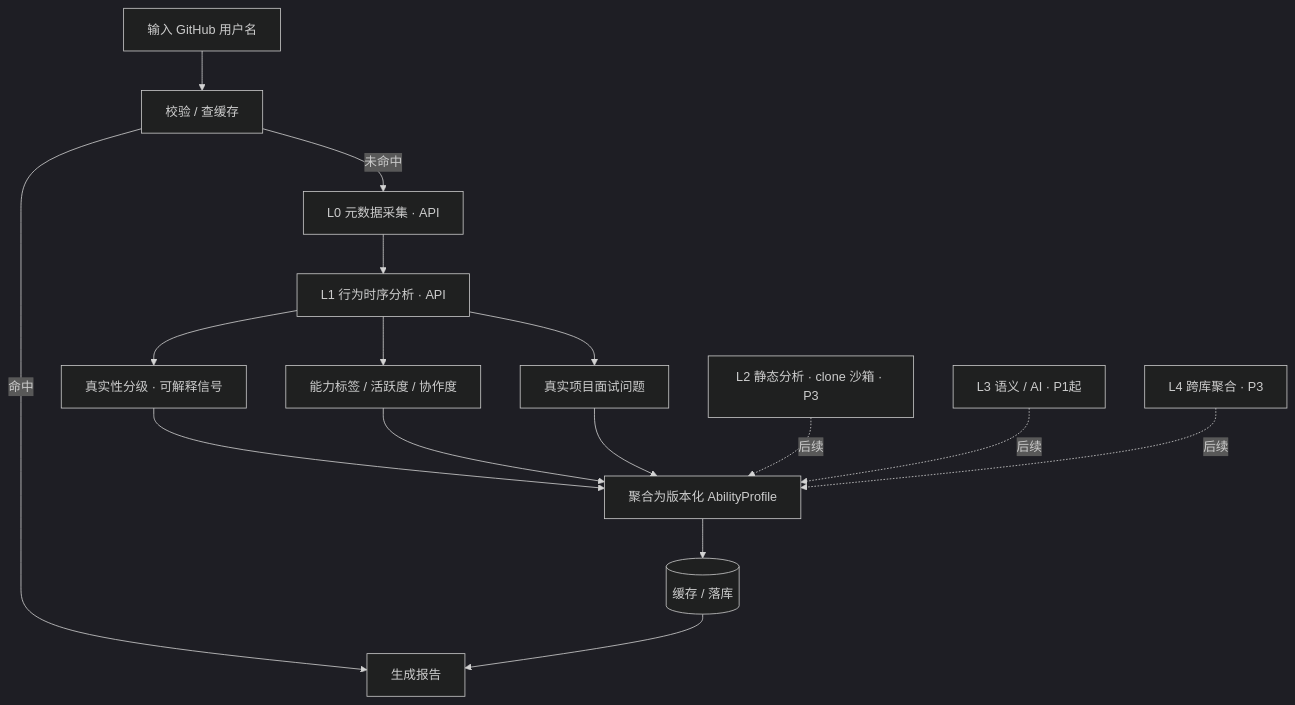
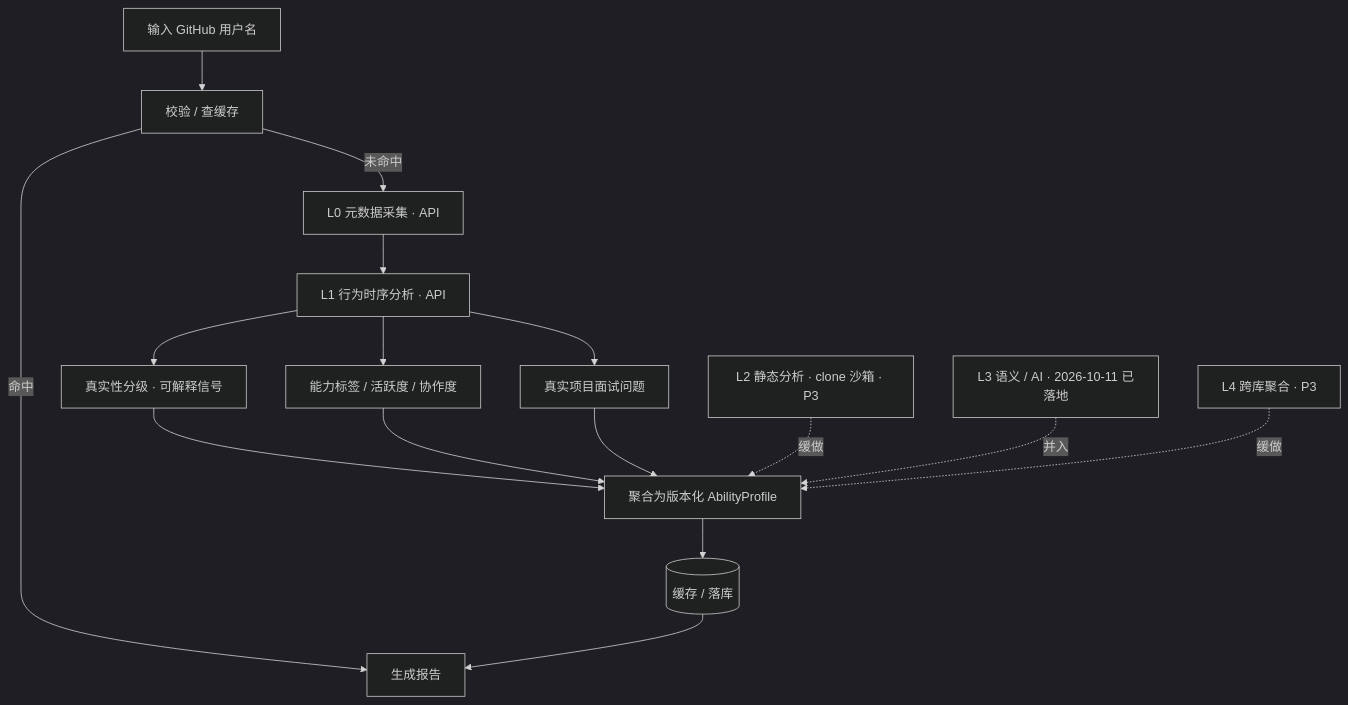
The second of 2 diagrams in docs/PRD.md (bayernjf/job-agent), drawn with Mermaid (dark theme) before and after one commit. The commit also changed other lines of this file, not shown here.

````diff
--- a/docs/PRD.md
+++ b/docs/PRD.md
@@ -299,17 +299,17 @@
 ```mermaid
 flowchart TD
     IN[输入 GitHub 用户名] --> V[校验 / 查缓存]
     V -->|命中| RPT[生成报告]
     V -->|未命中| L0[L0 元数据采集 · API]
     L0 --> L1[L1 行为时序分析 · API]
     L1 --> AU[真实性分级 · 可解释信号]
     L1 --> SK[能力标签 / 活跃度 / 协作度]
     L1 --> IQ[真实项目面试问题]
     AU --> AGG[聚合为版本化 AbilityProfile]
     SK --> AGG
     IQ --> AGG
     AGG --> CACHE[(缓存 / 落库)] --> RPT
-    L2[L2 静态分析 · clone 沙箱 · P3] -.后续.-> AGG
-    L3[L3 语义 / AI · P1起] -.后续.-> AGG
-    L4[L4 跨库聚合 · P3] -.后续.-> AGG
+    L2[L2 静态分析 · clone 沙箱 · P3] -.缓做.-> AGG
+    L3[L3 语义 / AI · 2026-10-11 已落地] -.并入.-> AGG
+    L4[L4 跨库聚合 · P3] -.缓做.-> AGG
 ```
````
